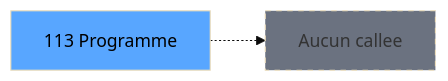
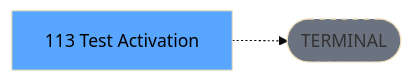
One commit to thonyAGP/lecteur-magic changed the third of 3 diagrams in .openspec/renders/ADH-IDE-113.md. Above: the diagram before and after it, drawn with Mermaid (base theme). The commit also changed other lines of this file and 701 other files, not shown here.

````diff
--- a/.openspec/renders/ADH-IDE-113.md
+++ b/.openspec/renders/ADH-IDE-113.md
@@ -139,8 +134,8 @@
 ```mermaid
 graph LR
-    T[113 Programme]
-    NONE[Aucun callee]
-    T -.-> NONE
+    T[113 Test Activation]
+    TERM([TERMINAL])
+    T -.-> TERM
+    style TERM fill:#6b7280,stroke-dasharray: 5 5
     style T fill:#58a6ff,color:#000
-    style NONE fill:#6b7280,stroke-dasharray: 5 5
 ```
````
